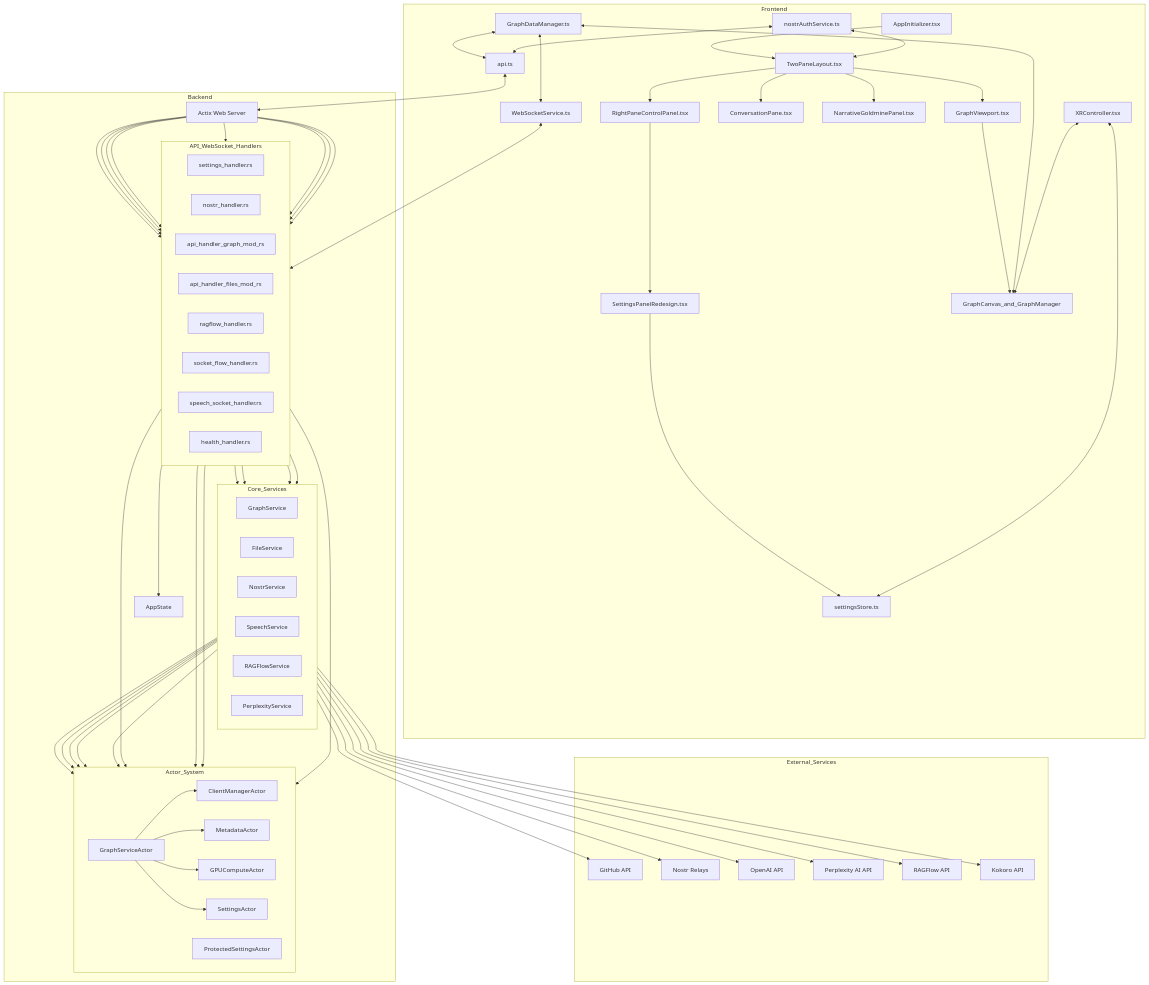
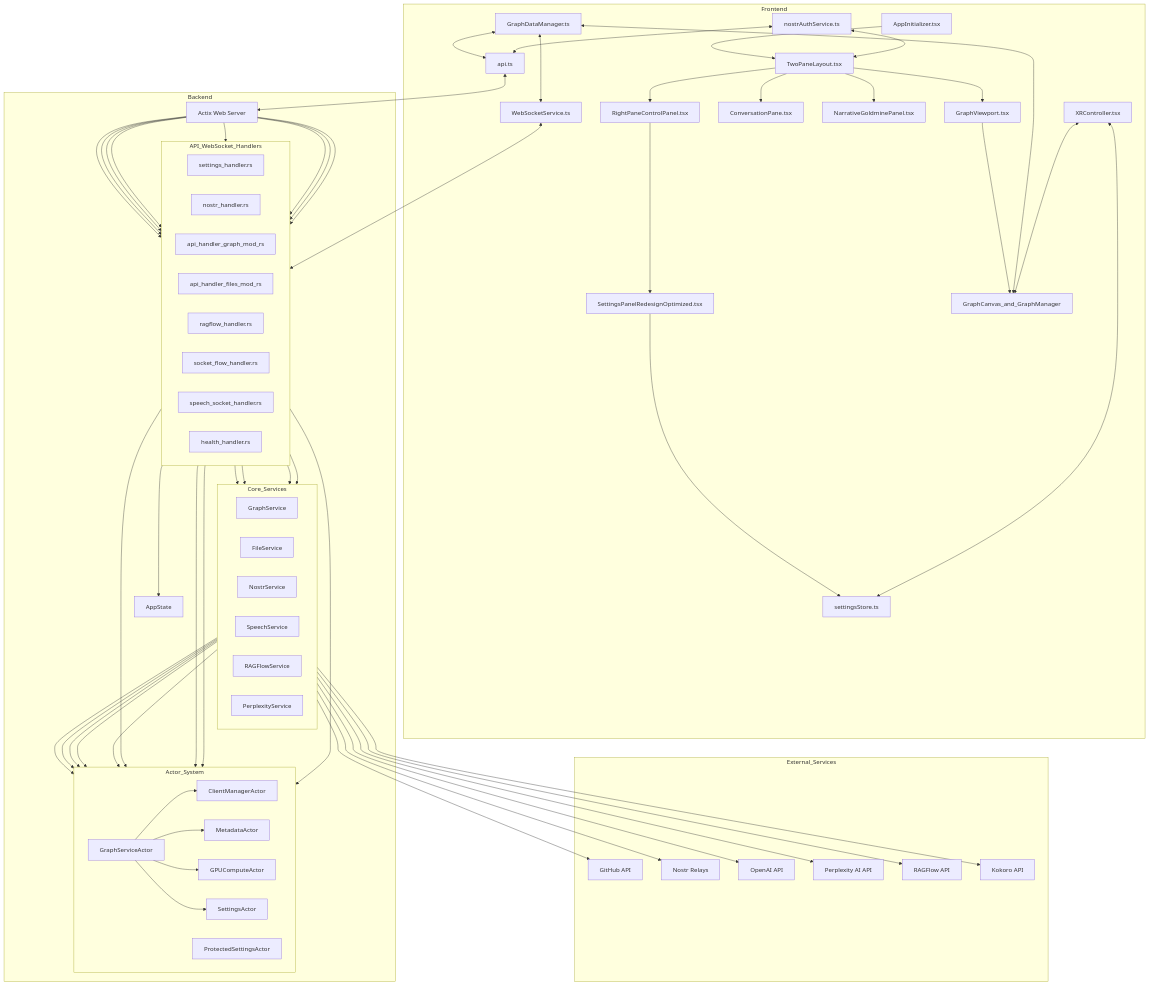
The diagram in docs/overview/architecture.md (DreamLab-AI/VisionFlow), drawn with Mermaid before and after one commit. The commit also changed 16 other files, not shown here.

```diff
--- a/docs/overview/architecture.md
+++ b/docs/overview/architecture.md
@@ -14,7 +14,7 @@
         UIMain --> RightPane["RightPaneControlPanel.tsx"]
         UIMain --> ConversationPane["ConversationPane.tsx"]
         UIMain --> NarrativeGoldmine["NarrativeGoldminePanel.tsx"]
-        RightPane --> SettingsPanel["SettingsPanelRedesign.tsx"]
+        RightPane --> SettingsPanel["SettingsPanelRedesignOptimized.tsx"]
 
         SettingsPanel --> SettingsStore["settingsStore.ts"]
         GraphViewport --> RenderingEngine["GraphCanvas_and_GraphManager"]
```
